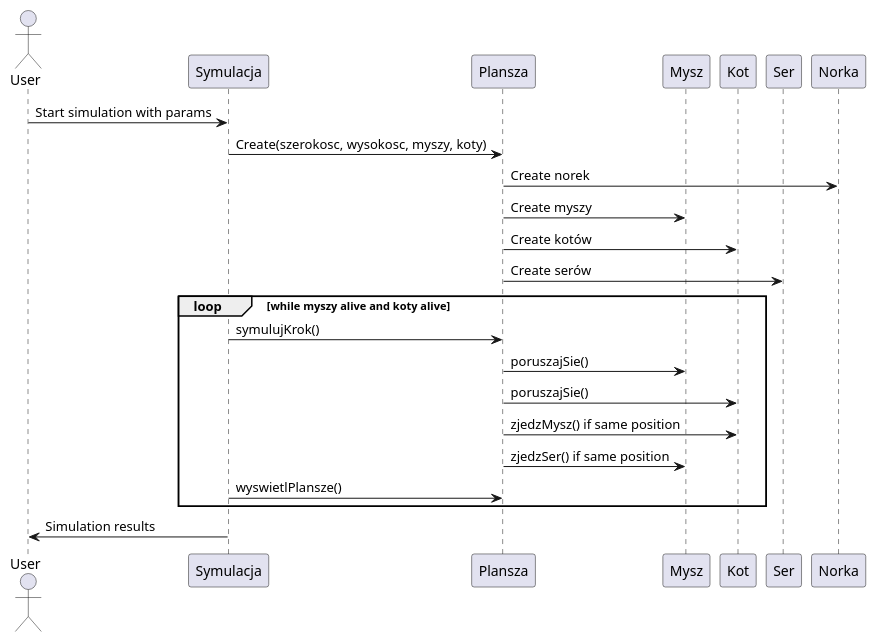
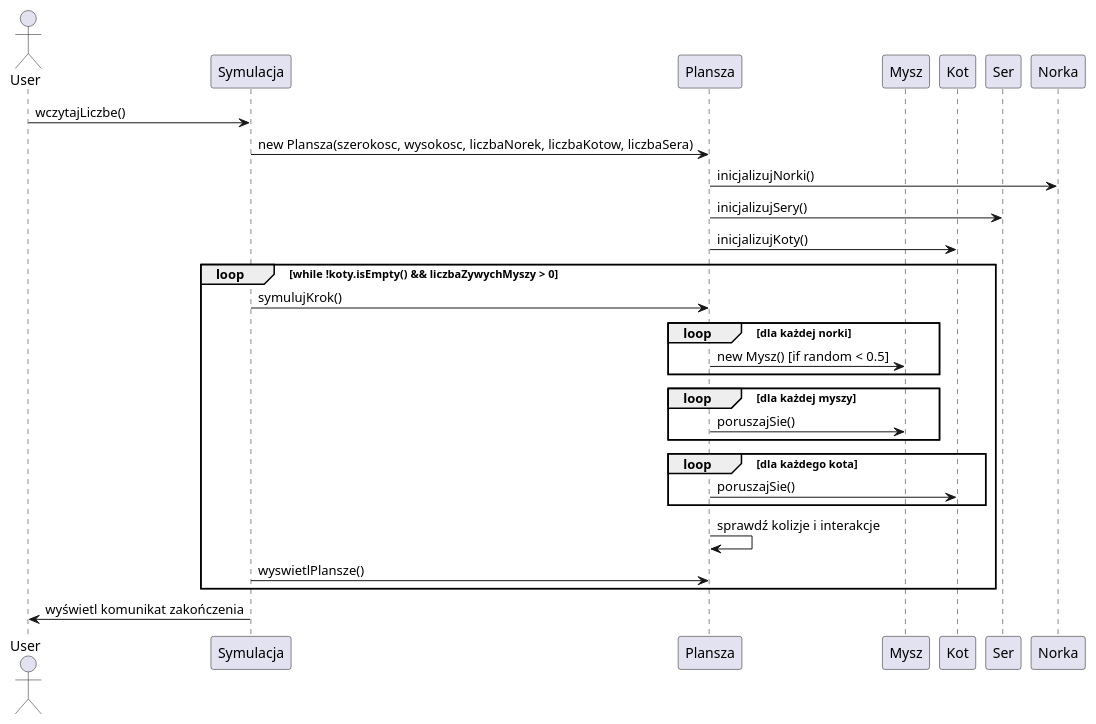
The diagram in diagram_sekwencji.puml (rochmir/symulacja_agentowa1), drawn with PlantUML before and after one commit. The commit also changed 12 other files, not shown here.

```diff
--- a/diagram_sekwencji.puml
+++ b/diagram_sekwencji.puml
@@ -1,28 +1,33 @@
 @startuml
-
 actor User
 participant Symulacja
 participant Plansza
 participant Mysz
 participant Kot
 participant Ser
+participant Norka
 
-User -> Symulacja: Start simulation with params
-Symulacja -> Plansza: Create(szerokosc, wysokosc, myszy, koty)
-Plansza -> Norka: Create norek
-Plansza -> Mysz: Create myszy
-Plansza -> Kot: Create kotów
-Plansza -> Ser: Create serów
+User -> Symulacja: wczytajLiczbe()
+Symulacja -> Plansza: new Plansza(szerokosc, wysokosc, liczbaNorek, liczbaKotow, liczbaSera)
+Plansza -> Norka: inicjalizujNorki()
+Plansza -> Ser: inicjalizujSery()
+Plansza -> Kot: inicjalizujKoty()
 
-loop while myszy alive and koty alive
-  Symulacja -> Plansza: symulujKrok()
-  Plansza -> Mysz: poruszajSie()
-  Plansza -> Kot: poruszajSie()
-  Plansza -> Kot: zjedzMysz() if same position
-  Plansza -> Mysz: zjedzSer() if same position
-  Symulacja -> Plansza: wyswietlPlansze()
+loop while !koty.isEmpty() && liczbaZywychMyszy > 0
+    Symulacja -> Plansza: symulujKrok()
+    loop dla każdej norki
+        Plansza -> Mysz: new Mysz() [if random < 0.5]
+    end
+    loop dla każdej myszy
+        Plansza -> Mysz: poruszajSie()
+    end
+    loop dla każdego kota
+        Plansza -> Kot: poruszajSie()
+    end
+    Plansza -> Plansza: sprawdź kolizje i interakcje
+    Symulacja -> Plansza: wyswietlPlansze()
 end
 
-Symulacja -> User: Simulation results
+Symulacja -> User: wyświetl komunikat zakończenia
 
 @enduml
```
